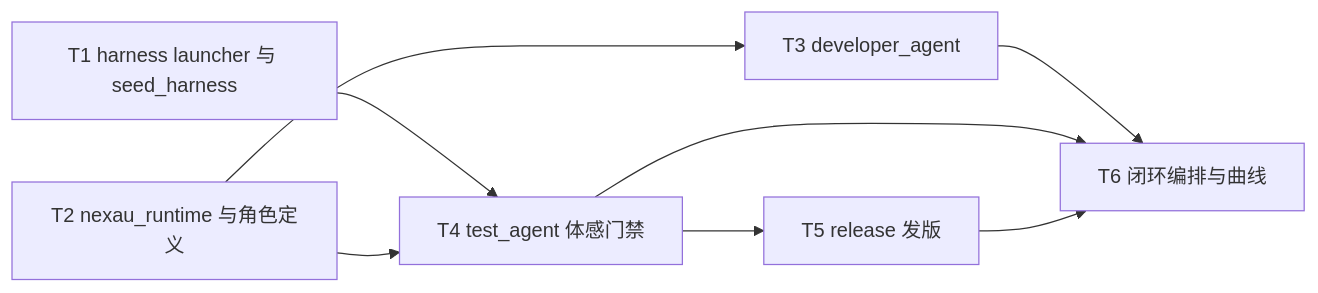
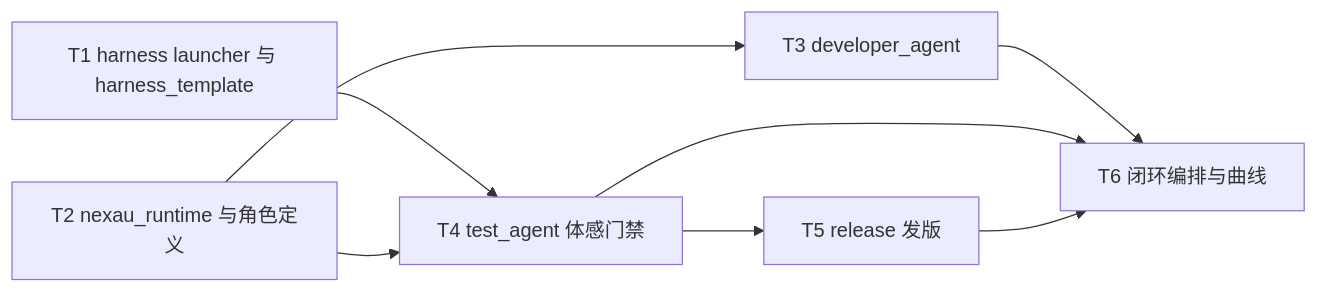
Before and after one commit to Curry09/AHE-Beta: the fourth of 4 diagrams in docs/specs/OVERVIEW.md, drawn with Mermaid. The commit also changed other lines of this file and 9 other files, not shown here.

Commit message:
refactor(spec): seed_harness 改名为 harness_template，与 seeds 区分

````diff
--- a/docs/specs/OVERVIEW.md
+++ b/docs/specs/OVERVIEW.md
@@ -328,16 +328,16 @@
 ```mermaid
 graph LR
-    nT1["T1 harness launcher 与 seed_harness"]
+    nT1["T1 harness launcher 与 harness_template"]
     nT2["T2 nexau_runtime 与角色定义"]
     nT3["T3 developer_agent"]
     nT4["T4 test_agent 体感门禁"]
     nT5["T5 release 发版"]
     nT6["T6 闭环编排与曲线"]
     nT2 --> nT3
     nT1 --> nT4
     nT2 --> nT4
     nT4 --> nT5
     nT3 --> nT6
     nT4 --> nT6
     nT5 --> nT6
 ```
````
